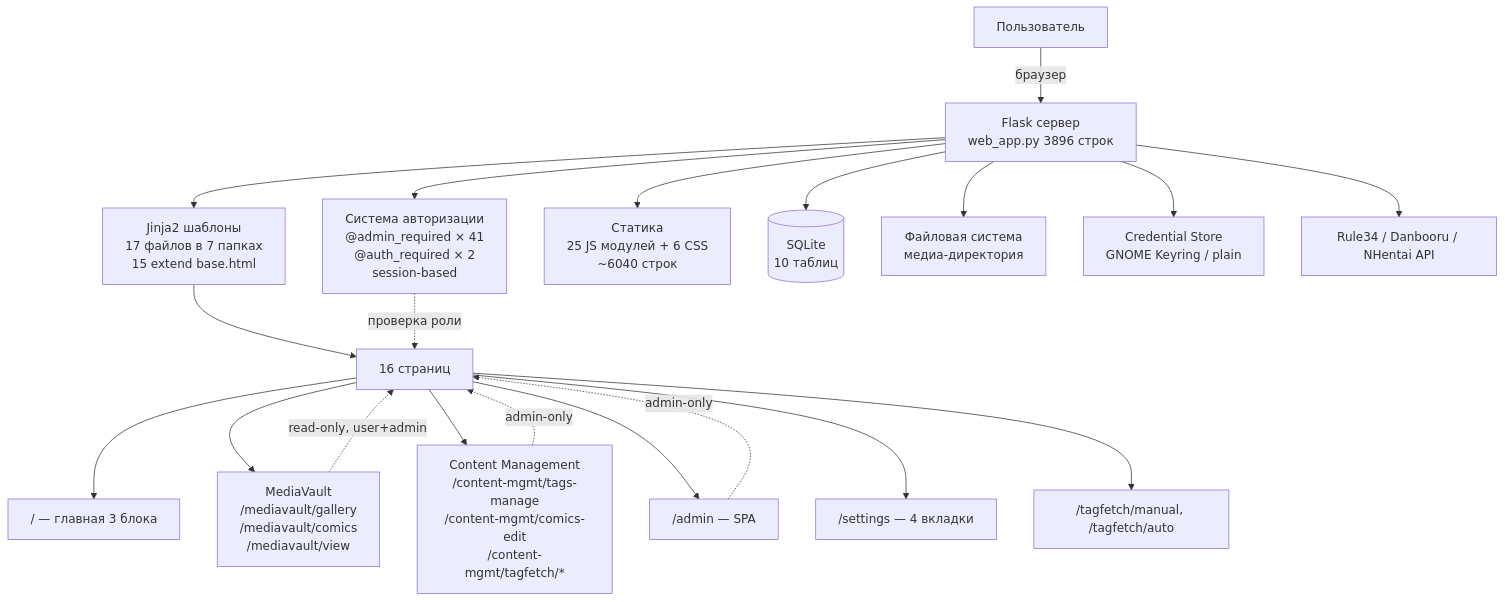
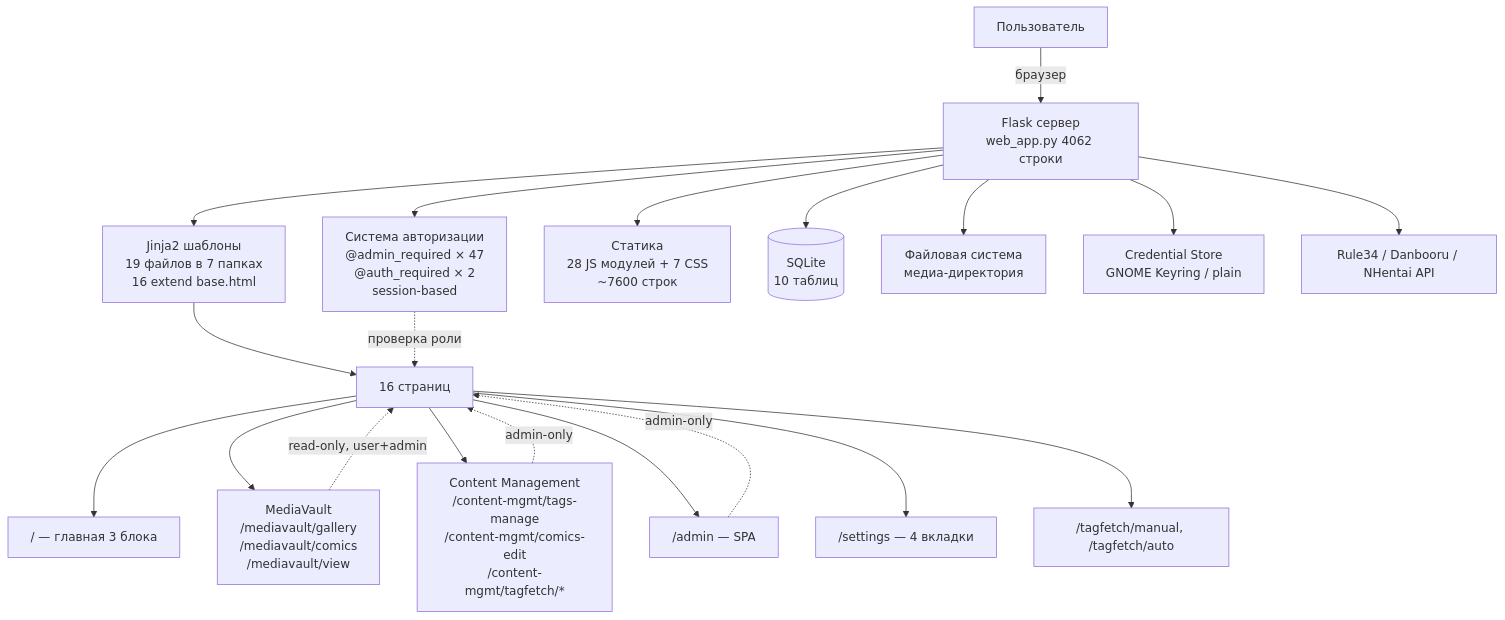
One commit to levpr1c/MediaVault changed the first of 13 diagrams in docs/code-guide.md. Above: the diagram before and after it, drawn with Mermaid. The commit also changed other lines of this file and 7 other files, not shown here.

Commit message:
docs: update all documentation — code-guide, README, user-guide, DESING, FAQ, troubleshooting, roadmap, new-features

````diff
--- a/docs/code-guide.md
+++ b/docs/code-guide.md
@@ -51,26 +51,26 @@
 ```mermaid
 flowchart TD
-    User[Пользователь] -->|браузер| Flask[Flask сервер<br/>web_app.py 3896 строк]
+    User[Пользователь] -->|браузер| Flask[Flask сервер<br/>web_app.py 4062 строки]
     
-    Flask --> Auth[Система авторизации<br/>@admin_required × 41<br/>@auth_required × 2<br/>session-based]
-    Flask --> Tpl[Jinja2 шаблоны<br/>17 файлов в 7 папках<br/>15 extend base.html]
-    Flask --> Static[Статика<br/>25 JS модулей + 6 CSS<br/>~6040 строк]
+    Flask --> Auth[Система авторизации<br/>@admin_required × 47<br/>@auth_required × 2<br/>session-based]
+    Flask --> Tpl[Jinja2 шаблоны<br/>19 файлов в 7 папках<br/>16 extend base.html]
+    Flask --> Static[Статика<br/>28 JS модулей + 7 CSS<br/>~7600 строк]
     Flask --> DB[(SQLite<br/>10 таблиц)]
     Flask --> FS[Файловая система<br/>медиа-директория]
     Flask --> Cred[Credential Store<br/>GNOME Keyring / plain]
     Flask --> API[Rule34 / Danbooru / NHentai API]
 
     Tpl --> Pages[16 страниц]
     Pages --> Home["/ — главная 3 блока"]
     Pages --> MV[MediaVault<br/>/mediavault/gallery<br/>/mediavault/comics<br/>/mediavault/view]
     Pages --> CM[Content Management<br/>/content-mgmt/tags-manage<br/>/content-mgmt/comics-edit<br/>/content-mgmt/tagfetch/*]
     Pages --> Admin["/admin — SPA"]
     Pages --> Settings["/settings — 4 вкладки"]
     Pages --> TF["/tagfetch/manual, /tagfetch/auto"]
     
     MV -.->|read-only, user+admin| Pages
     CM -.->|admin-only| Pages
     Admin -.->|admin-only| Pages
     
     Auth -.->|проверка роли| Pages
 ```
````
